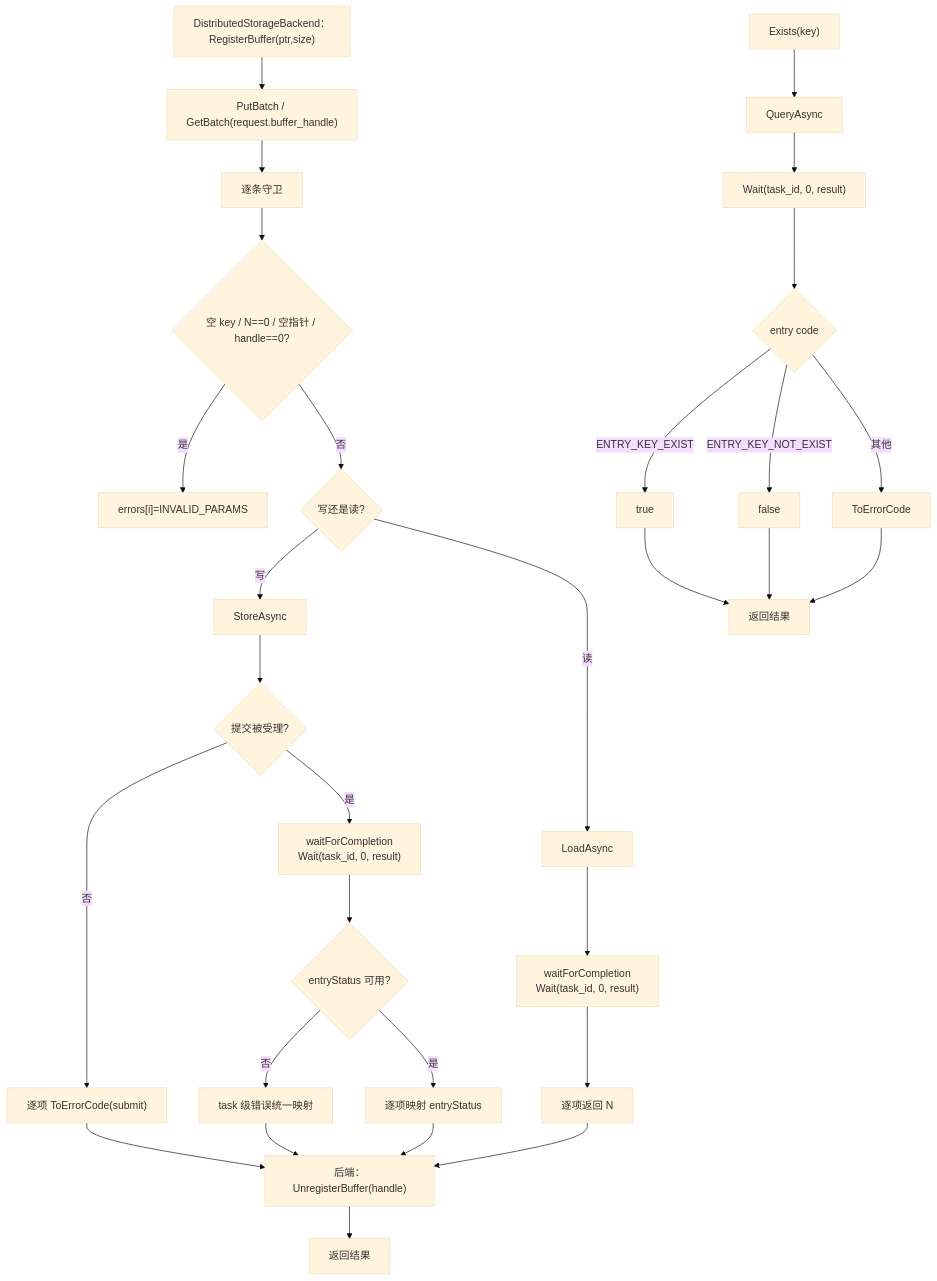
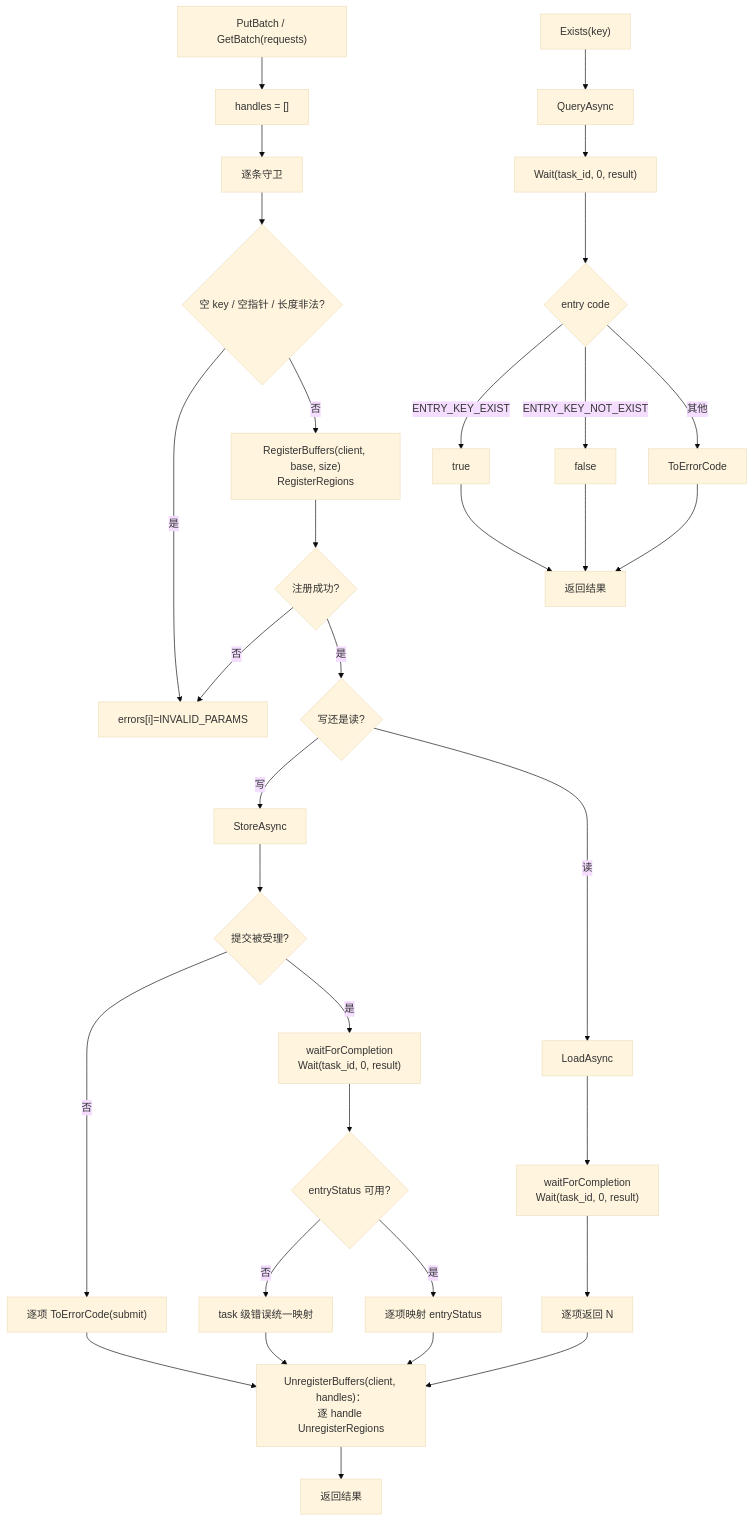
One commit to zwj20000328-dotcom/Mooncake-documents changed the fifth of 11 diagrams in Mooncake + KVClient L3 接入（Kvcs）- PR 实施设计.md. Above: the diagram before and after it, drawn with Mermaid (base theme). The commit also changed other lines of this file and 1 other file, not shown here.

First line of the commit message:
docs: register kvclient buffers inside the adapter

````diff
--- a/Mooncake + KVClient L3 接入（Kvcs）- PR 实施设计.md
+++ b/Mooncake + KVClient L3 接入（Kvcs）- PR 实施设计.md
@@ -666,32 +665,35 @@
 ```mermaid
 flowchart TB
-    A["DistributedStorageBackend：RegisterBuffer(ptr,size)"] --> A2["PutBatch / GetBatch(request.buffer_handle)"]
+    A["PutBatch / GetBatch(requests)"] --> A2["handles = []"]
     A2 --> B["逐条守卫"]
-    B --> C{"空 key / N==0 / 空指针 / handle==0?"}
+    B --> C{"空 key / 空指针 / 长度非法?"}
     C -->|是| E["errors[i]=INVALID_PARAMS"]
-    C -->|否| SUB{"写还是读?"}
+    C -->|否| REG["RegisterBuffers(client, base, size)<br/>RegisterRegions"]
+    REG --> REGOK{"注册成功?"}
+    REGOK -->|否| E
+    REGOK -->|是| SUB{"写还是读?"}
     SUB -->|写| STORE["StoreAsync"]
     STORE --> SUBOK{"提交被受理?"}
     SUBOK -->|否| SUBFAIL["逐项 ToErrorCode(submit)"]
     SUBOK -->|是| WAIT["waitForCompletion<br/>Wait(task_id, 0, result)"]
     WAIT --> TERM{"entryStatus 可用?"}
     TERM -->|否| TASKE["task 级错误统一映射"]
     TERM -->|是| MAPW["逐项映射 entryStatus"]
     SUB -->|读| LOAD["LoadAsync"]
     LOAD --> RWAIT["waitForCompletion<br/>Wait(task_id, 0, result)"]
     RWAIT --> RMAPR["逐项返回 N"]
-    SUBFAIL --> UNREG["后端：UnregisterBuffer(handle)"]
+    SUBFAIL --> UNREG
     TASKE --> UNREG
     MAPW --> UNREG
     RMAPR --> UNREG
-    UNREG --> END["返回结果"]
+    UNREG["UnregisterBuffers(client, handles)：<br/>逐 handle UnregisterRegions"] --> END["返回结果"]
     X["Exists(key)"] --> XQ["QueryAsync"]
     XQ --> XW["Wait(task_id, 0, result)"]
     XW --> XC{"entry code"}
     XC -->|"ENTRY_KEY_EXIST"| XT["true"]
     XC -->|"ENTRY_KEY_NOT_EXIST"| XF["false"]
     XC -->|其他| XE["ToErrorCode"]
     XT --> XEND["返回结果"]
     XF --> XEND
     XE --> XEND
 ```
````
